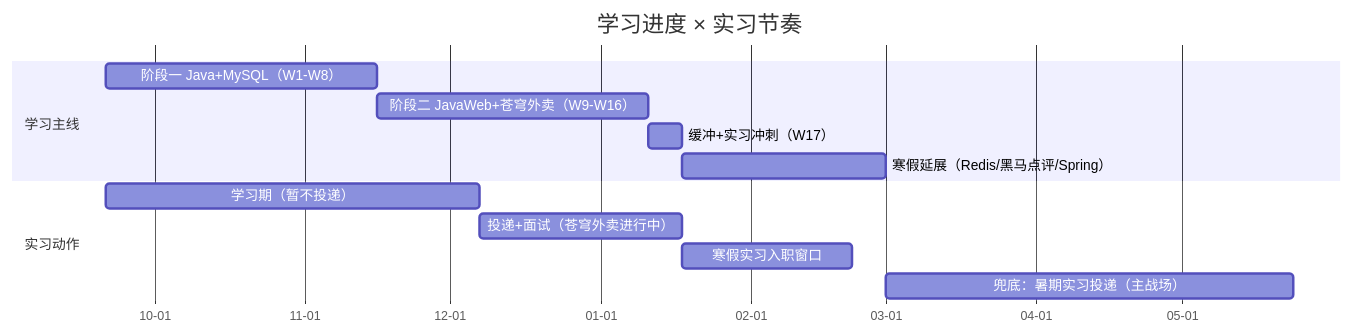
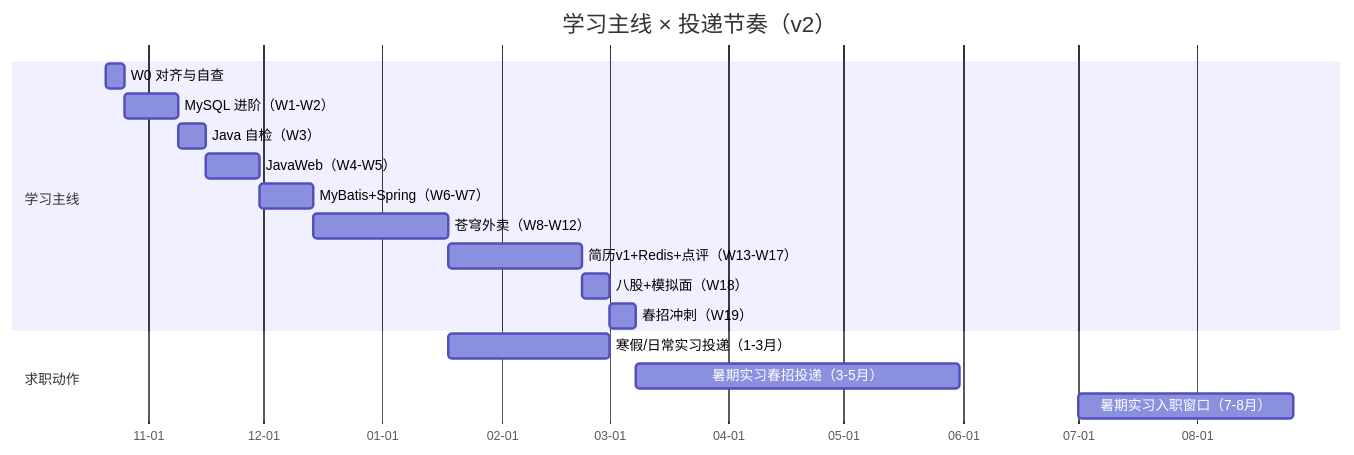
One commit to moropxin/learning changed the first of 2 diagrams in README.md. Above: the diagram before and after it, drawn with Mermaid. The commit also changed other lines of this file and 40 other files, not shown here.

````diff
--- a/README.md
+++ b/README.md
@@ -21,16 +55,20 @@
 ```mermaid
 gantt
     dateFormat YYYY-MM-DD
-    title 学习进度 × 实习节奏
+    title 学习主线 × 投递节奏（v2）
     axisFormat %m-%d
     section 学习主线
-    阶段一 Java+MySQL（W1-W8）: a1, 2026-09-21, 8w
-    阶段二 JavaWeb+苍穹外卖（W9-W16）: a2, after a1, 8w
-    缓冲+实习冲刺（W17）: a3, after a2, 1w
-    寒假延展（Redis/黑马点评/Spring）: a4, after a3, 6w
-    section 实习动作
-    学习期（暂不投递）: b1, 2026-09-21, 11w
-    投递+面试（苍穹外卖进行中）: b2, 2026-12-07, 6w
-    寒假实习入职窗口: b3, 2027-01-18, 5w
-    兜底：暑期实习投递（主战场）: b4, 2027-03-01, 12w
+    W0 对齐与自查: a0, 2026-10-21, 5d
+    MySQL 进阶（W1-W2）: a1, 2026-10-26, 2w
+    Java 自检（W3）: a2, 2026-11-09, 1w
+    JavaWeb（W4-W5）: a3, 2026-11-16, 2w
+    MyBatis+Spring（W6-W7）: a4, 2026-11-30, 2w
+    苍穹外卖（W8-W12）: a5, 2026-12-14, 5w
+    简历v1+Redis+点评（W13-W17）: a6, 2027-01-18, 5w
+    八股+模拟面（W18）: a7, 2027-02-22, 1w
+    春招冲刺（W19）: a8, 2027-03-01, 1w
+    section 求职动作
+    寒假/日常实习投递（1-3月）: b1, 2027-01-18, 6w
+    暑期实习春招投递（3-5月）: b2, 2027-03-08, 12w
+    暑期实习入职窗口（7-8月）: b3, 2027-07-01, 8w
 ```
````
